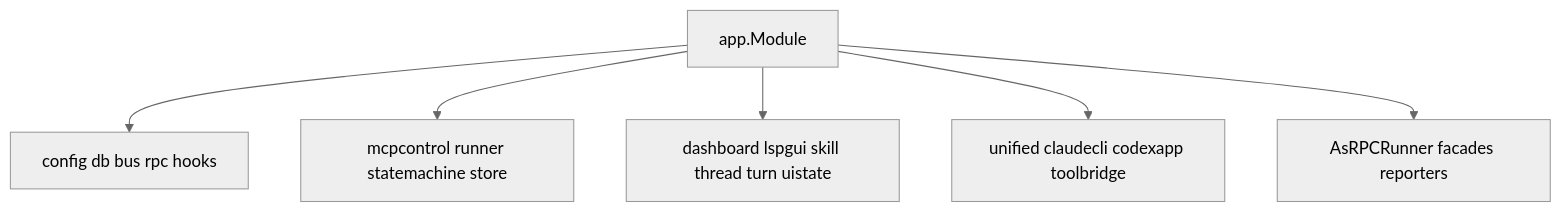
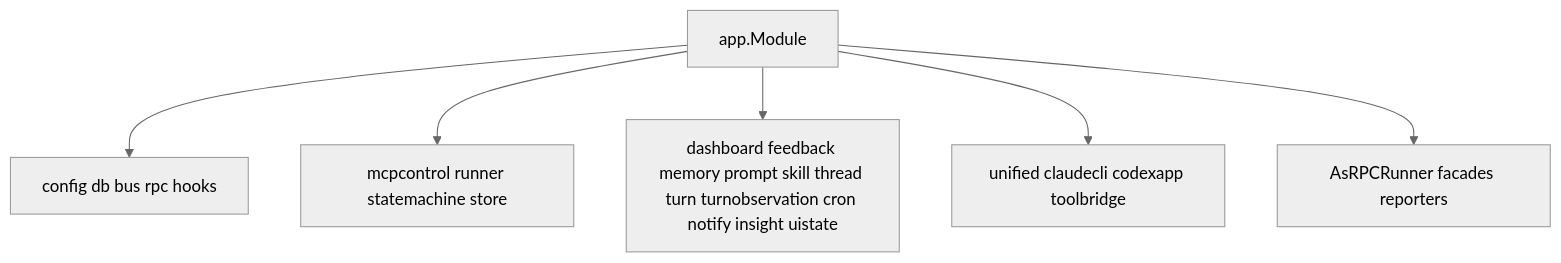
The second of 2 diagrams in docs/doc/codemap/04-app-contract.md (lihah111222333-cloud/Super-Dolphin-Agent-Cockpit), drawn with Mermaid (neutral theme) before and after one commit. The commit also changed other lines of this file and 14 other files, not shown here.

````diff
--- a/docs/doc/codemap/04-app-contract.md
+++ b/docs/doc/codemap/04-app-contract.md
@@ -271,8 +292,8 @@
 ```mermaid
 graph TD
   app[app.Module] --> core[config db bus rpc hooks]
   app --> infra[mcpcontrol runner statemachine store]
-  app --> biz[dashboard lspgui skill thread turn uistate]
+  app --> biz[dashboard feedback memory prompt skill thread turn turnobservation cron notify insight uistate]
   app --> provider[unified claudecli codexapp toolbridge]
   app --> bridge[AsRPCRunner facades reporters]
 ```
````
